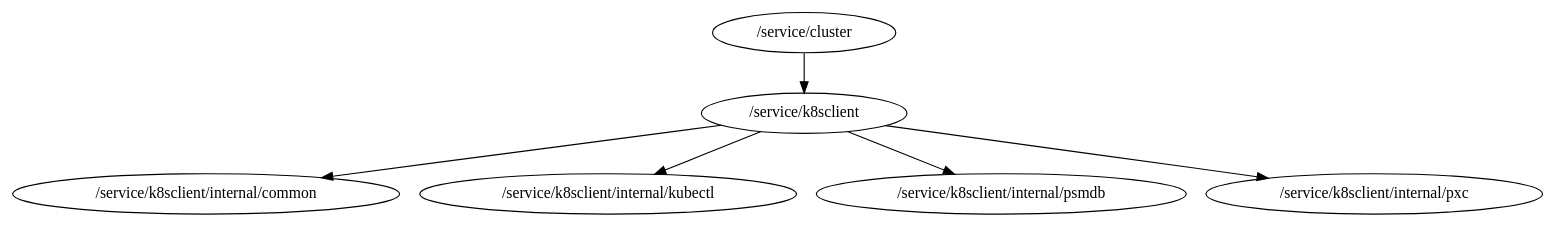
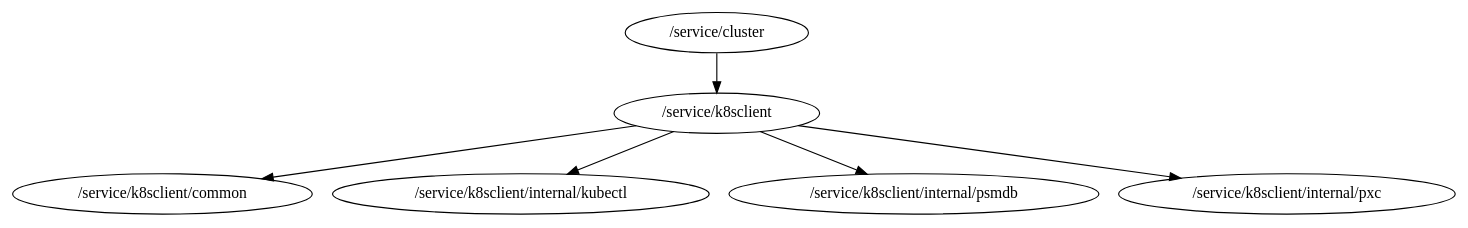
Before and after one commit to percona/dbaas-controller: the diagram in packages.dot, drawn with Graphviz. The commit also changed 2 other files, not shown here.

```diff
--- a/packages.dot
+++ b/packages.dot
@@ -1,7 +1,7 @@
 digraph packages {
 	"/service/cluster" -> "/service/k8sclient";
-	"/service/k8sclient" -> "/service/k8sclient/internal/common";
+	"/service/k8sclient" -> "/service/k8sclient/common";
 	"/service/k8sclient" -> "/service/k8sclient/internal/kubectl";
 	"/service/k8sclient" -> "/service/k8sclient/internal/psmdb";
 	"/service/k8sclient" -> "/service/k8sclient/internal/pxc";
 }
```
